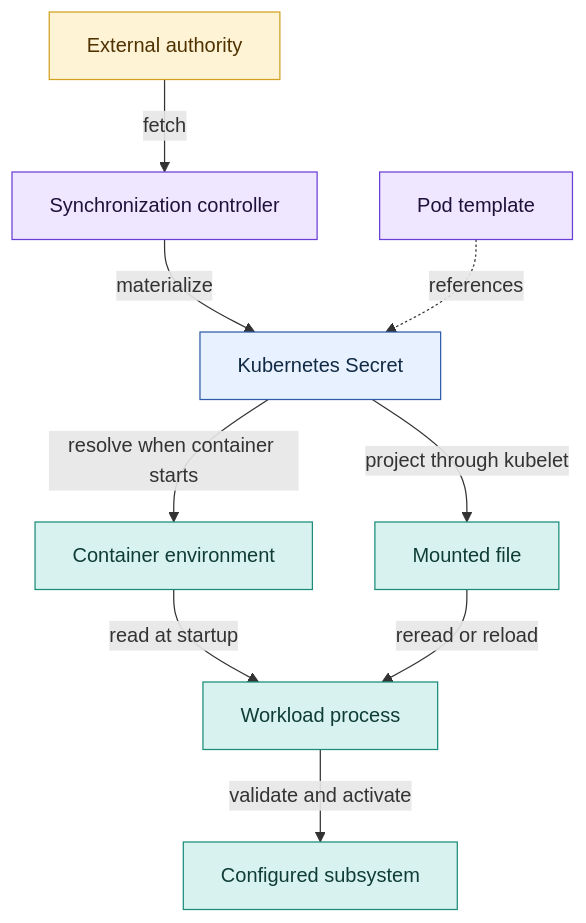
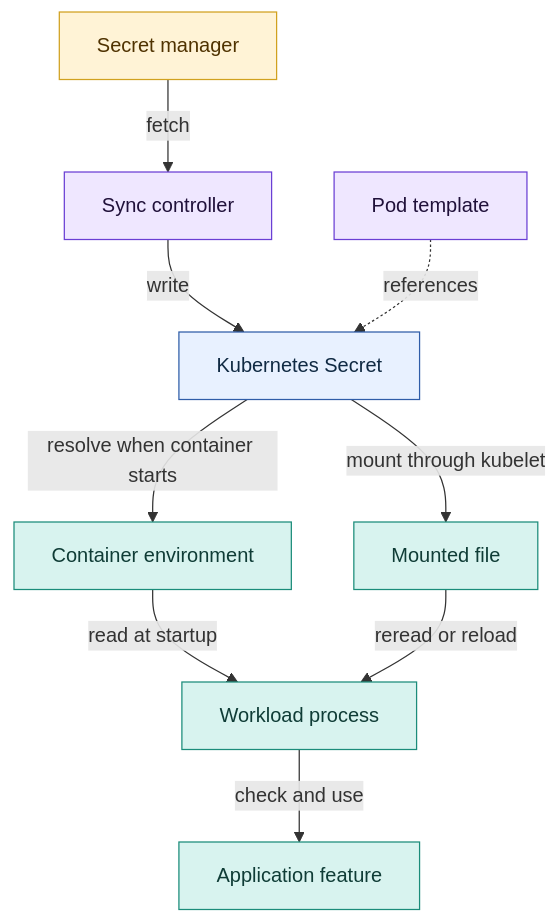
Before and after one commit to aallam/aallam.github.io: the first of 2 diagrams in _posts/2026-08-02-configuration-is-a-distributed-system.md, drawn with Mermaid. The commit also changed other lines of this file and 4 other files, not shown here.

```diff
--- a/_posts/2026-08-02-configuration-is-a-distributed-system.md
+++ b/_posts/2026-08-02-configuration-is-a-distributed-system.md
@@ -30,20 +30,20 @@
 <pre class="mermaid">
 flowchart TB
-    Authority["External authority"] -->|fetch| Sync["Synchronization controller"]
-    Sync -->|materialize| Secret["Kubernetes Secret"]
+    Authority["Secret manager"] -->|fetch| Sync["Sync controller"]
+    Sync -->|write| Secret["Kubernetes Secret"]
     Template["Pod template"] -.->|references| Secret
     Secret -->|resolve when container starts| Env["Container environment"]
-    Secret -->|project through kubelet| File["Mounted file"]
+    Secret -->|mount through kubelet| File["Mounted file"]
     Env -->|read at startup| Process["Workload process"]
     File -->|reread or reload| Process
-    Process -->|validate and activate| Subsystem["Configured subsystem"]
+    Process -->|check and use| Subsystem["Application feature"]
 
     classDef authority fill:#fff3d6,stroke:#d1a11f,color:#4f3200
     classDef control fill:#efe7ff,stroke:#6a3fd4,color:#20113a
     classDef state fill:#e8f1ff,stroke:#2f5da8,color:#102a43
     classDef runtime fill:#d8f3ef,stroke:#1b8c7a,color:#0f3c36
     class Authority authority
     class Sync,Template control
     class Secret state
     class Env,File,Process,Subsystem runtime
 </pre>
```
